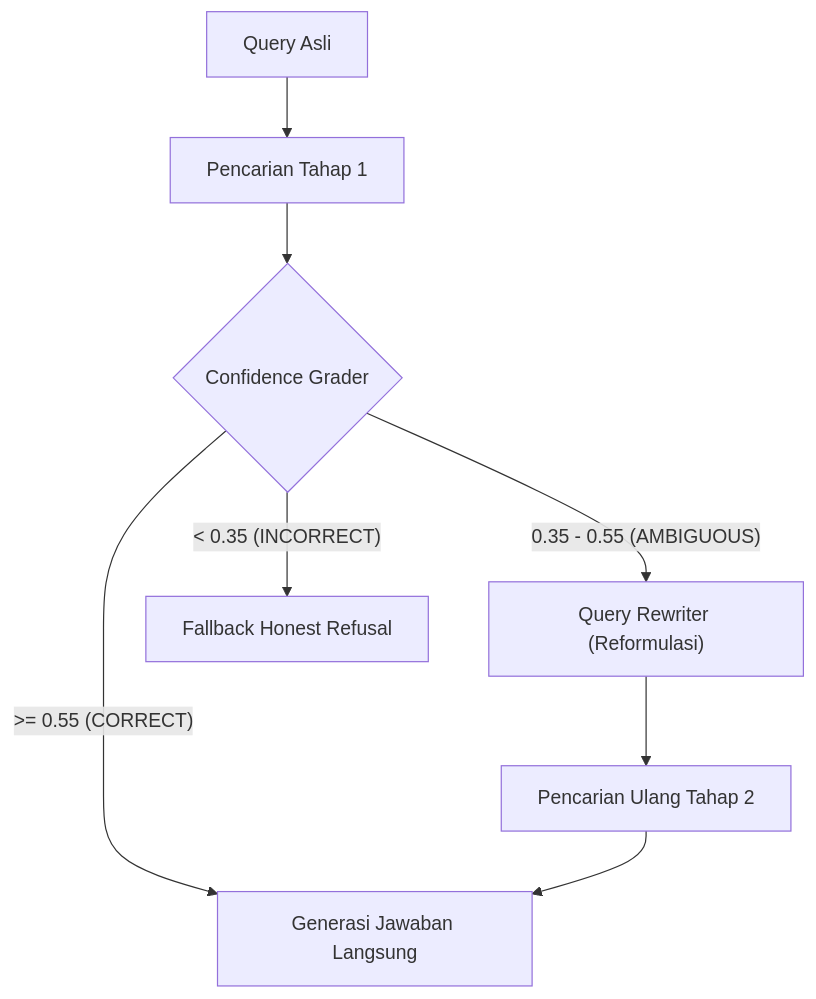
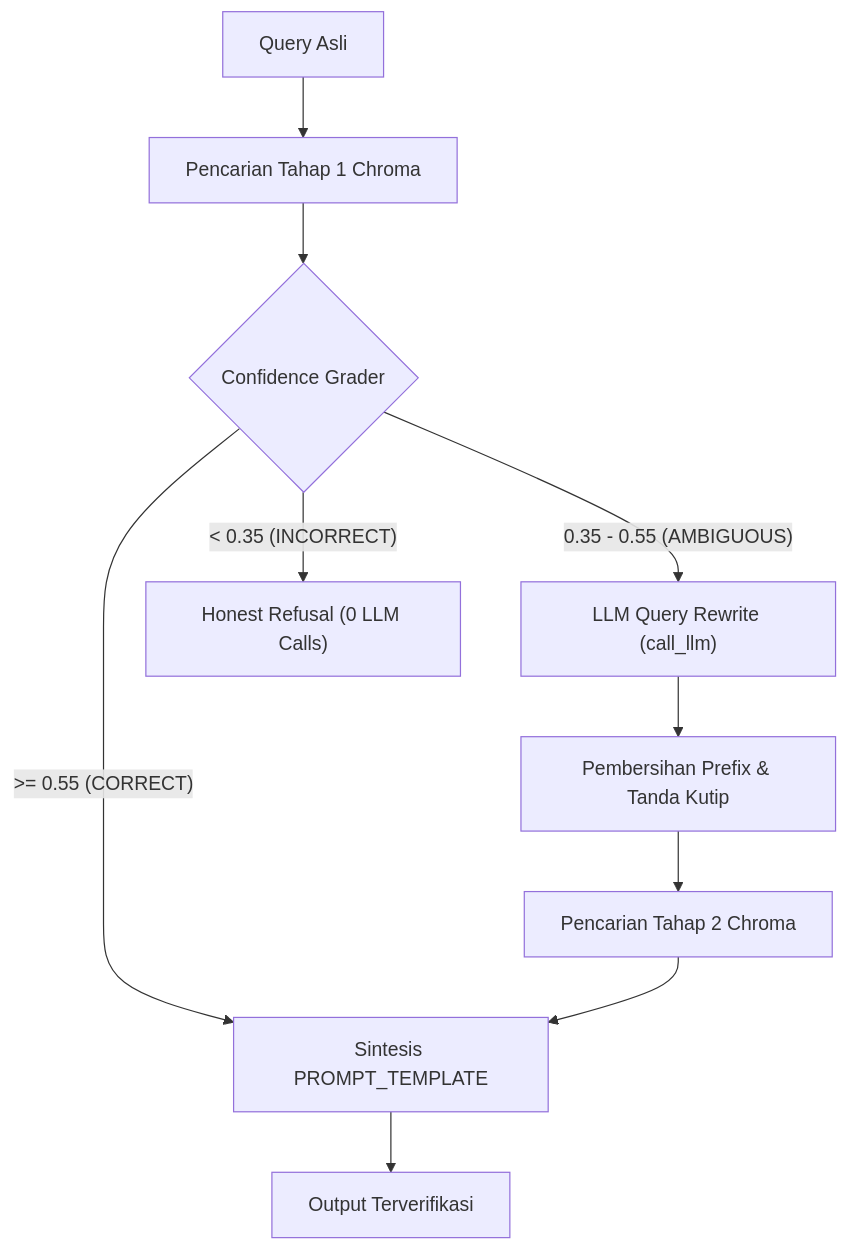
One commit to reon01425-glitch/Chatbot-RAG-Comparison changed the sixth of 8 diagrams in docs/ARCHITECTURE.md. Above: the diagram before and after it, drawn with Mermaid. The commit also changed other lines of this file and 12 other files, not shown here.

First line of the commit message:
docs: update architecture documentation, evaluation protocol, and changelog report (Tugas 5)

````diff
--- a/docs/ARCHITECTURE.md
+++ b/docs/ARCHITECTURE.md
@@ -156,10 +170,12 @@
 ```mermaid
 flowchart TD
-    Q[Query Asli] --> Search1[Pencarian Tahap 1]
+    Q[Query Asli] --> Search1[Pencarian Tahap 1 Chroma]
     Search1 --> Grader{"Confidence Grader"}
-    Grader -- ">= 0.55 (CORRECT)" --> LLM[Generasi Jawaban Langsung]
-    Grader -- "0.35 - 0.55 (AMBIGUOUS)" --> Rewriter["Query Rewriter (Reformulasi)"]
-    Rewriter --> Search2[Pencarian Ulang Tahap 2]
-    Search2 --> LLM
-    Grader -- "< 0.35 (INCORRECT)" --> Refusal["Fallback Honest Refusal"]
+    Grader -- ">= 0.55 (CORRECT)" --> Synth[Sintesis PROMPT_TEMPLATE]
+    Grader -- "0.35 - 0.55 (AMBIGUOUS)" --> Rewriter["LLM Query Rewrite (call_llm)"]
+    Rewriter --> Clean[Pembersihan Prefix & Tanda Kutip]
+    Clean --> Search2[Pencarian Tahap 2 Chroma]
+    Search2 --> Synth
+    Grader -- "< 0.35 (INCORRECT)" --> Refusal["Honest Refusal (0 LLM Calls)"]
+    Synth --> Answer[Output Terverifikasi]
 ```
````
